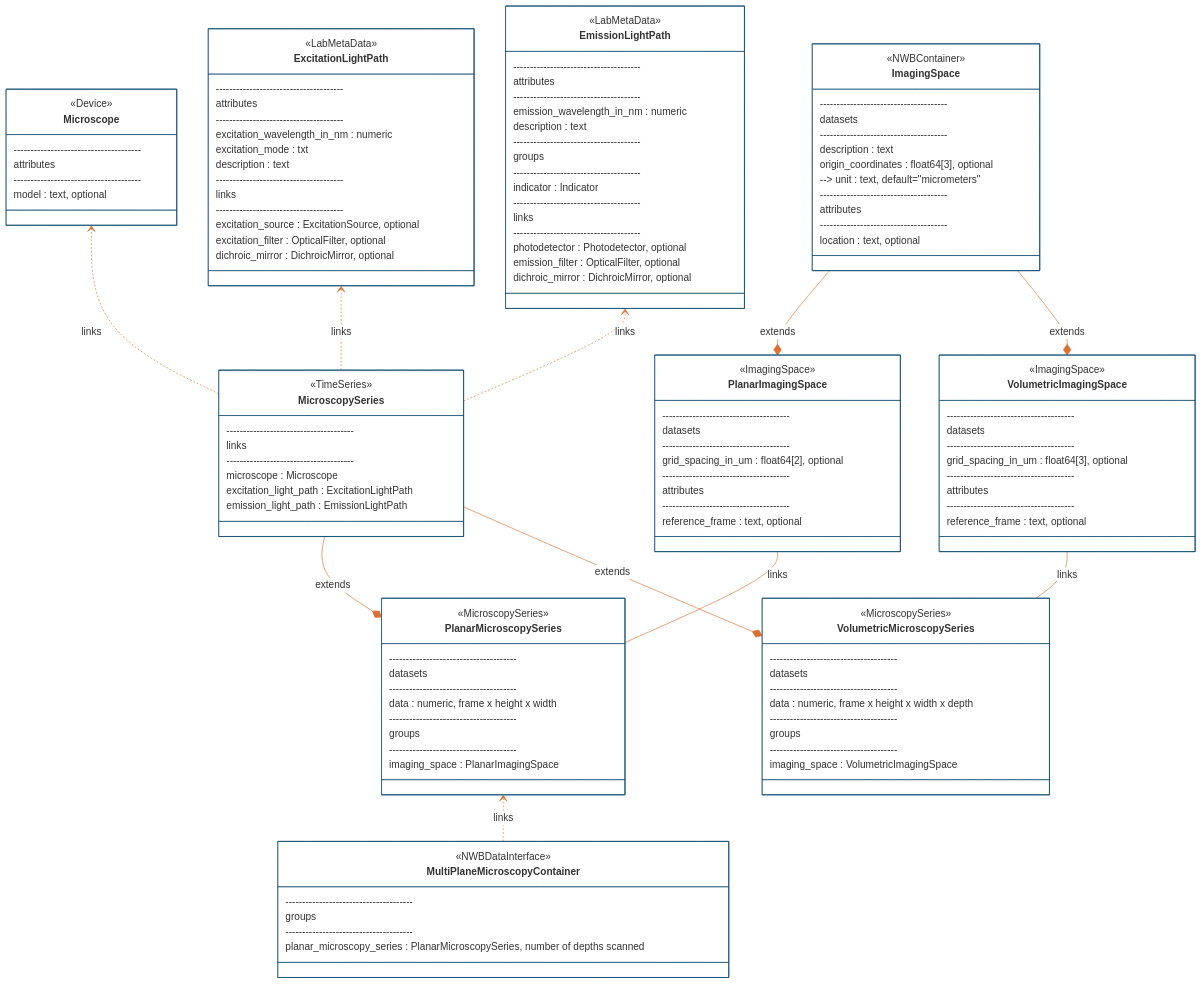
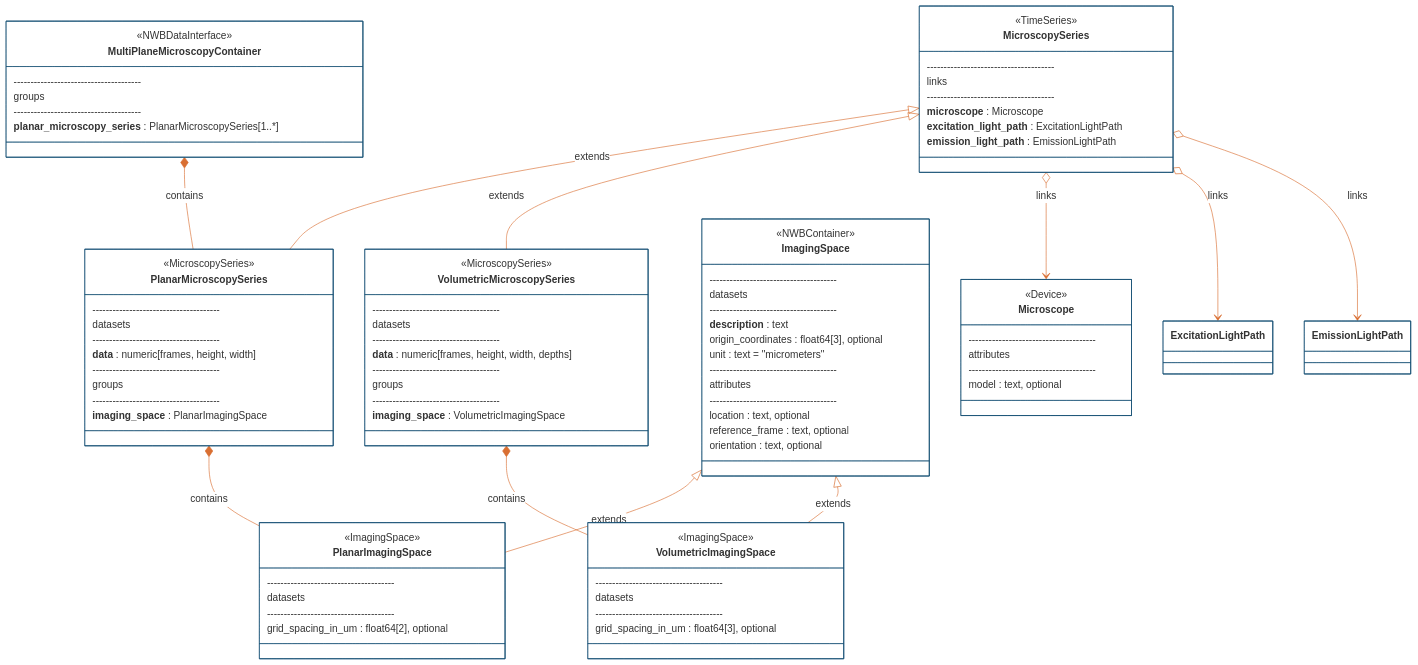
Before and after one commit to catalystneuro/ndx-microscopy: the second of 3 diagrams in README.md, drawn with Mermaid. The commit also changed other lines of this file and 19 other files, not shown here.

````diff
--- a/README.md
+++ b/README.md
@@ -166,16 +198,16 @@
 %%{init: {'theme': 'base', 'themeVariables': {'primaryColor': '#ffffff', 'primaryBorderColor': '#144E73', 'lineColor': '#D96F32'}}}%%
 
 classDiagram
-    direction BT
+    direction TB
 
     class MicroscopySeries {
         <<TimeSeries>>
         --------------------------------------
         links
         --------------------------------------
-        microscope : Microscope
-        excitation_light_path : ExcitationLightPath
-        emission_light_path : EmissionLightPath
+        **microscope** : Microscope
+        **excitation_light_path** : ExcitationLightPath
+        **emission_light_path** : EmissionLightPath
     }
 
     class PlanarMicroscopySeries {
@@ -183,11 +215,23 @@
         --------------------------------------
         datasets
         --------------------------------------
-        data : numeric, frame x height x width
+        **data** : numeric[frames, height, width]
         --------------------------------------
         groups
         --------------------------------------
-        imaging_space : PlanarImagingSpace
+        **imaging_space** : PlanarImagingSpace
+    }
+
+    class VolumetricMicroscopySeries {
+        <<MicroscopySeries>>
+        --------------------------------------
+        datasets
+        --------------------------------------
+        **data** : numeric[frames, height, width, depths]
+        --------------------------------------
+        groups
+        --------------------------------------
+        **imaging_space** : VolumetricImagingSpace
     }
 
     class MultiPlaneMicroscopyContainer {
@@ -195,33 +239,23 @@
         --------------------------------------
         groups
         --------------------------------------
-        planar_microscopy_series : PlanarMicroscopySeries, number of depths scanned
+        **planar_microscopy_series** : PlanarMicroscopySeries[1..*]
     }
 
-    class VolumetricMicroscopySeries {
-        <<MicroscopySeries>>
-        --------------------------------------
-        datasets
-        --------------------------------------
-        data : numeric, frame x height x width x depth
-        --------------------------------------
-        groups
-        --------------------------------------
-        imaging_space : VolumetricImagingSpace
-    }
-   
     class ImagingSpace {
         <<NWBContainer>>
         --------------------------------------
         datasets
         --------------------------------------
-        description : text
+        **description** : text
         origin_coordinates : float64[3], optional
-        --> unit : text, default="micrometers"
+        unit : text = "micrometers"
         --------------------------------------
         attributes
         --------------------------------------
         location : text, optional
+        reference_frame : text, optional
+        orientation : text, optional
     }
 
     class PlanarImagingSpace {
@@ -230,10 +264,6 @@
         datasets
         --------------------------------------
         grid_spacing_in_um : float64[2], optional
-        --------------------------------------
-        attributes
-        --------------------------------------
-        reference_frame : text, optional
     }
 
     class VolumetricImagingSpace {
@@ -242,45 +272,6 @@
         datasets
         --------------------------------------
         grid_spacing_in_um : float64[3], optional
-        --------------------------------------
-        attributes
-        --------------------------------------
-        reference_frame : text, optional
-    }
-
-    class ExcitationLightPath {
-        <<LabMetaData>>
-        --------------------------------------
-        attributes
-        --------------------------------------
-        excitation_wavelength_in_nm : numeric
-        excitation_mode : txt
-        description : text
-        --------------------------------------
-        links
-        --------------------------------------
-        excitation_source : ExcitationSource, optional
-        excitation_filter : OpticalFilter, optional
-        dichroic_mirror : DichroicMirror, optional
-    }
-
-    class EmissionLightPath {
-        <<LabMetaData>>
-        --------------------------------------
-        attributes
-        --------------------------------------
-        emission_wavelength_in_nm : numeric
-        description : text
-        --------------------------------------
-        groups
-        --------------------------------------
-        indicator : Indicator
-        --------------------------------------
-        links
-        --------------------------------------
-        photodetector : Photodetector, optional
-        emission_filter : OpticalFilter, optional
-        dichroic_mirror : DichroicMirror, optional
     }
 
     class Microscope {
@@ -291,14 +282,15 @@
         model : text, optional
     }
 
-    PlanarMicroscopySeries *-- MicroscopySeries : extends
-    PlanarMicroscopySeries -- PlanarImagingSpace : links
-    MultiPlaneMicroscopyContainer ..> PlanarMicroscopySeries : links
-    VolumetricMicroscopySeries *-- MicroscopySeries : extends
-    VolumetricMicroscopySeries -- VolumetricImagingSpace : links
-    PlanarImagingSpace *-- ImagingSpace : extends
-    VolumetricImagingSpace *-- ImagingSpace : extends
-    MicroscopySeries ..> Microscope : links
-    MicroscopySeries ..> ExcitationLightPath : links
-    MicroscopySeries ..> EmissionLightPath : links
+    MicroscopySeries <|-- PlanarMicroscopySeries : extends
+    MicroscopySeries <|-- VolumetricMicroscopySeries : extends
+    ImagingSpace <|-- PlanarImagingSpace : extends
+    ImagingSpace <|-- VolumetricImagingSpace : extends
+    
+    PlanarMicroscopySeries *-- PlanarImagingSpace : contains
+    VolumetricMicroscopySeries *-- VolumetricImagingSpace : contains
+    MultiPlaneMicroscopyContainer *-- PlanarMicroscopySeries : contains
+    MicroscopySeries o--> Microscope : links
+    MicroscopySeries o--> ExcitationLightPath : links
+    MicroscopySeries o--> EmissionLightPath : links
 ```
````
